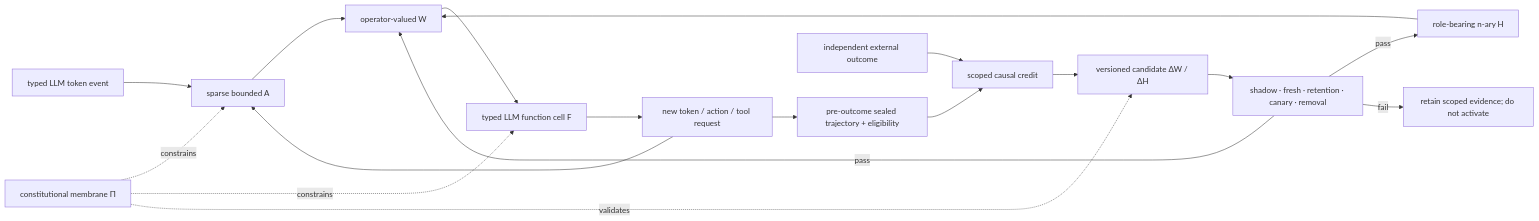
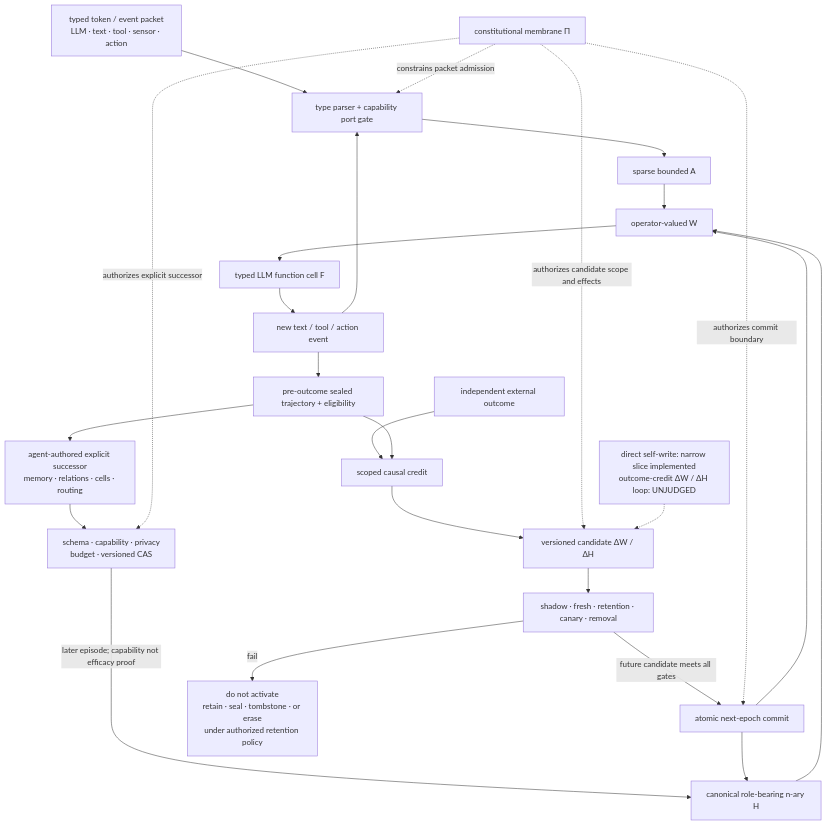
One commit to gj3447/HSWM changed the seventh of 7 diagrams in README.md. Above: the diagram before and after it, drawn with Mermaid. The commit also changed other lines of this file, not shown here.

Commit message:
docs: visualize HSWM architecture with Mermaid

````diff
--- a/README.md
+++ b/README.md
@@ -296,20 +501,31 @@
 ```mermaid
-flowchart LR
-  TOK["typed LLM token event"] --> A["sparse bounded A"]
-  H["role-bearing n-ary H"] --> W["operator-valued W"]
+flowchart TB
+  TOK["typed token / event packet<br/>LLM · text · tool · sensor · action"] --> GATE["type parser + capability port gate"]
+  GATE --> A["sparse bounded A"]
+  H["canonical role-bearing n-ary H"] --> W["operator-valued W"]
   A --> W
   W --> F["typed LLM function cell F"]
-  PI["constitutional membrane Π"] -. constrains .-> A
-  PI -. constrains .-> F
-  F --> NEXT["new token / action / tool request"]
-  NEXT --> A
+  F --> NEXT["new text / tool / action event"]
+  NEXT --> GATE
   NEXT --> SEAL["pre-outcome sealed trajectory + eligibility"]
+
+  SEAL --> DIRECT["agent-authored explicit successor<br/>memory · relations · cells · routing"]
+  DIRECT --> DCHECK["schema · capability · privacy<br/>budget · versioned CAS"]
+  DCHECK -->|"later episode; capability not efficacy proof"| H
+
   OUT["independent external outcome"] --> CREDIT["scoped causal credit"]
   SEAL --> CREDIT
   CREDIT --> CAND["versioned candidate ΔW / ΔH"]
-  PI -. validates .-> CAND
   CAND --> TEST["shadow · fresh · retention · canary · removal"]
-  TEST -->|pass| H
-  TEST -->|pass| W
-  TEST -->|fail| ARCHIVE["retain scoped evidence; do not activate"]
+  TEST -->|"future candidate meets all gates"| COMMIT["atomic next-epoch commit"]
+  COMMIT --> H
+  COMMIT --> W
+  TEST -->|fail| ARCHIVE["do not activate<br/>retain · seal · tombstone · or erase<br/>under authorized retention policy"]
+
+  PI["constitutional membrane Π"] -.->|"constrains packet admission"| GATE
+  PI -.->|"authorizes explicit successor"| DCHECK
+  PI -.->|"authorizes candidate scope and effects"| CAND
+  PI -.->|"authorizes commit boundary"| COMMIT
+
+  STATUSL["direct self-write: narrow slice implemented<br/>outcome-credit ΔW / ΔH loop: UNJUDGED"] -.-> CAND
 ```
````
